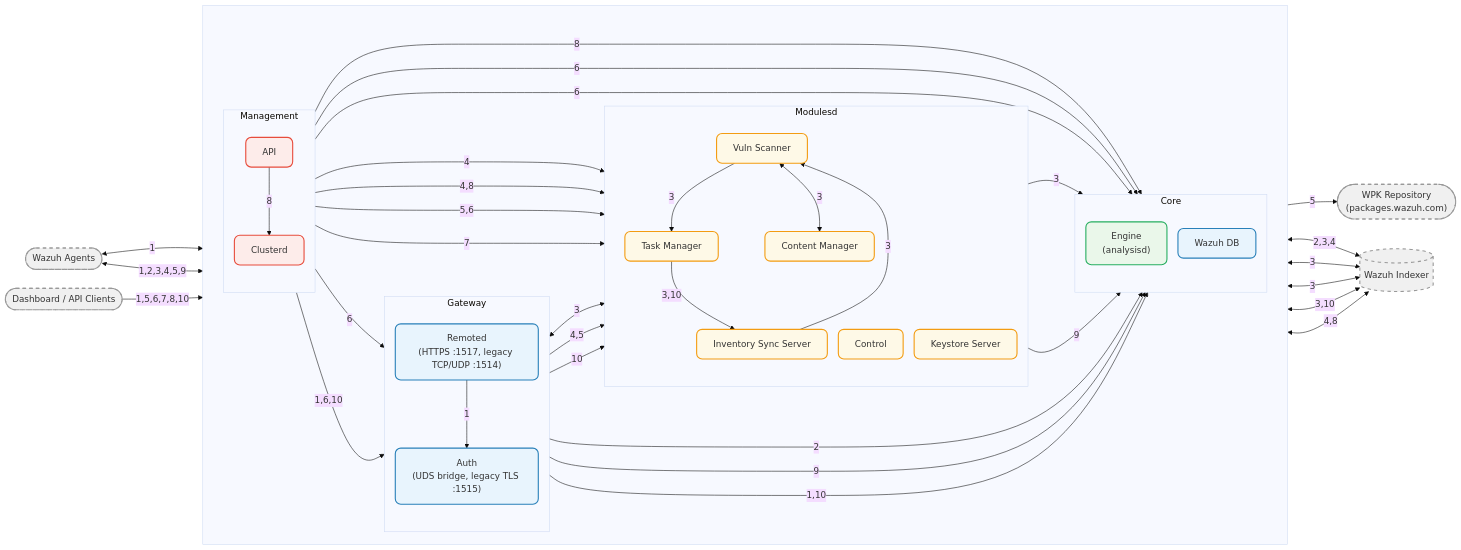
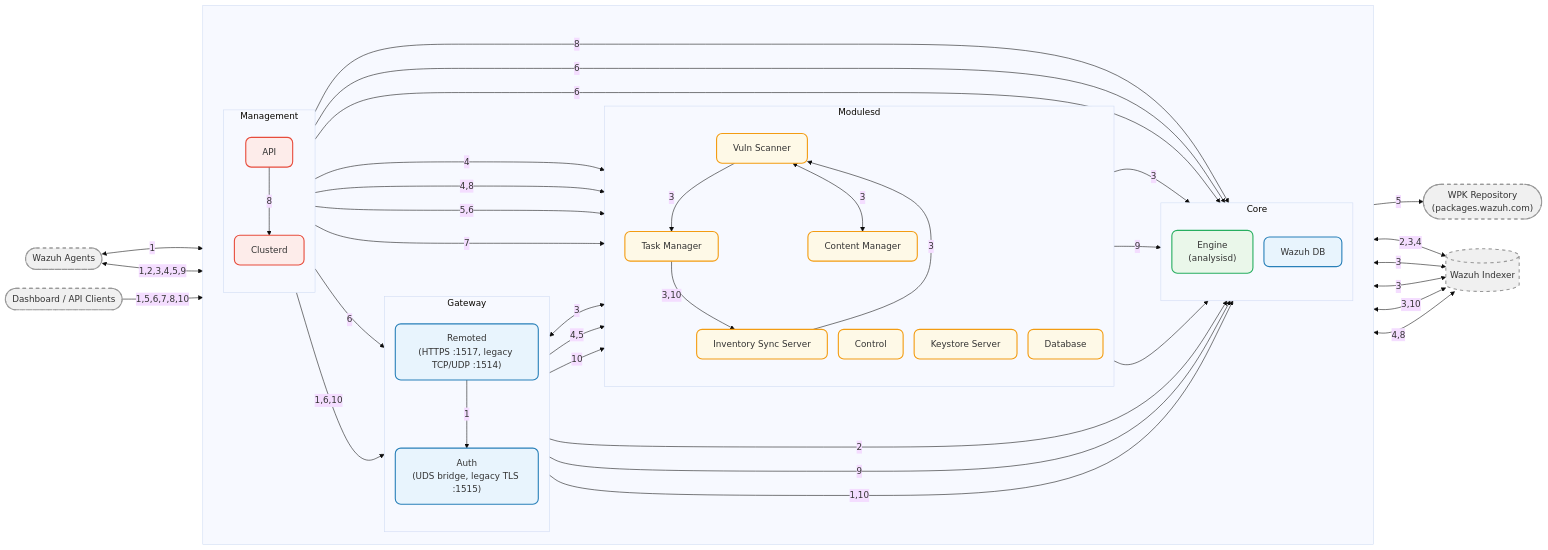
One commit to wazuh/wazuh changed the diagram in docs/ref/architecture.md. Above: the diagram before and after it, drawn with Mermaid (base theme). The commit also changed other lines of this file and 232 other files, not shown here.

```diff
--- a/docs/ref/architecture.md
+++ b/docs/ref/architecture.md
@@ -48,6 +48,7 @@
     tm["Task Manager"]:::m
     ctrl["Control"]:::m
     ks["Keystore Server"]:::m
+    dbm["Database"]:::m
   end
 
   subgraph mgmt["Management"]
@@ -75,6 +76,9 @@
 %% Modulesd → Core
 vs -->|3| engine
 tm -->|9| wdb
+
+%% The database module keeps global.db's agents and groups in step with client.keys and etc/shared/
+dbm --> wdb
 
 %% Modulesd internal (in-process VD scan lane)
 is -->|3| vs
```
